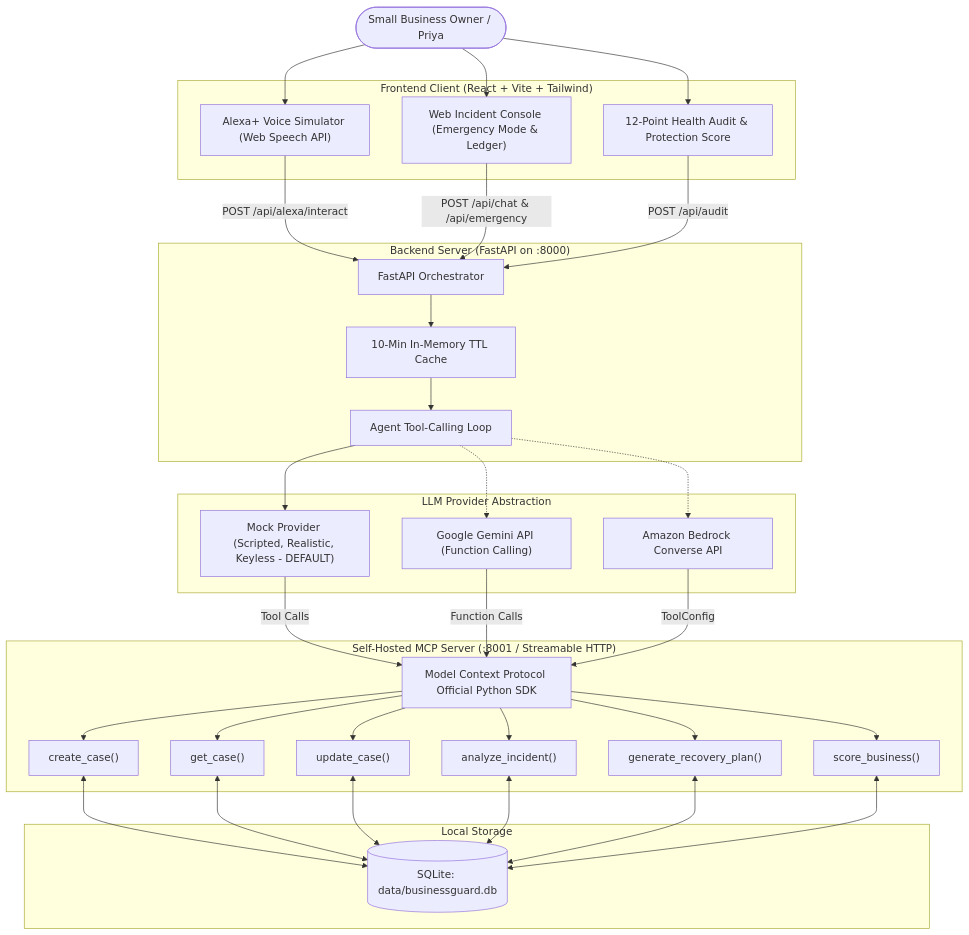
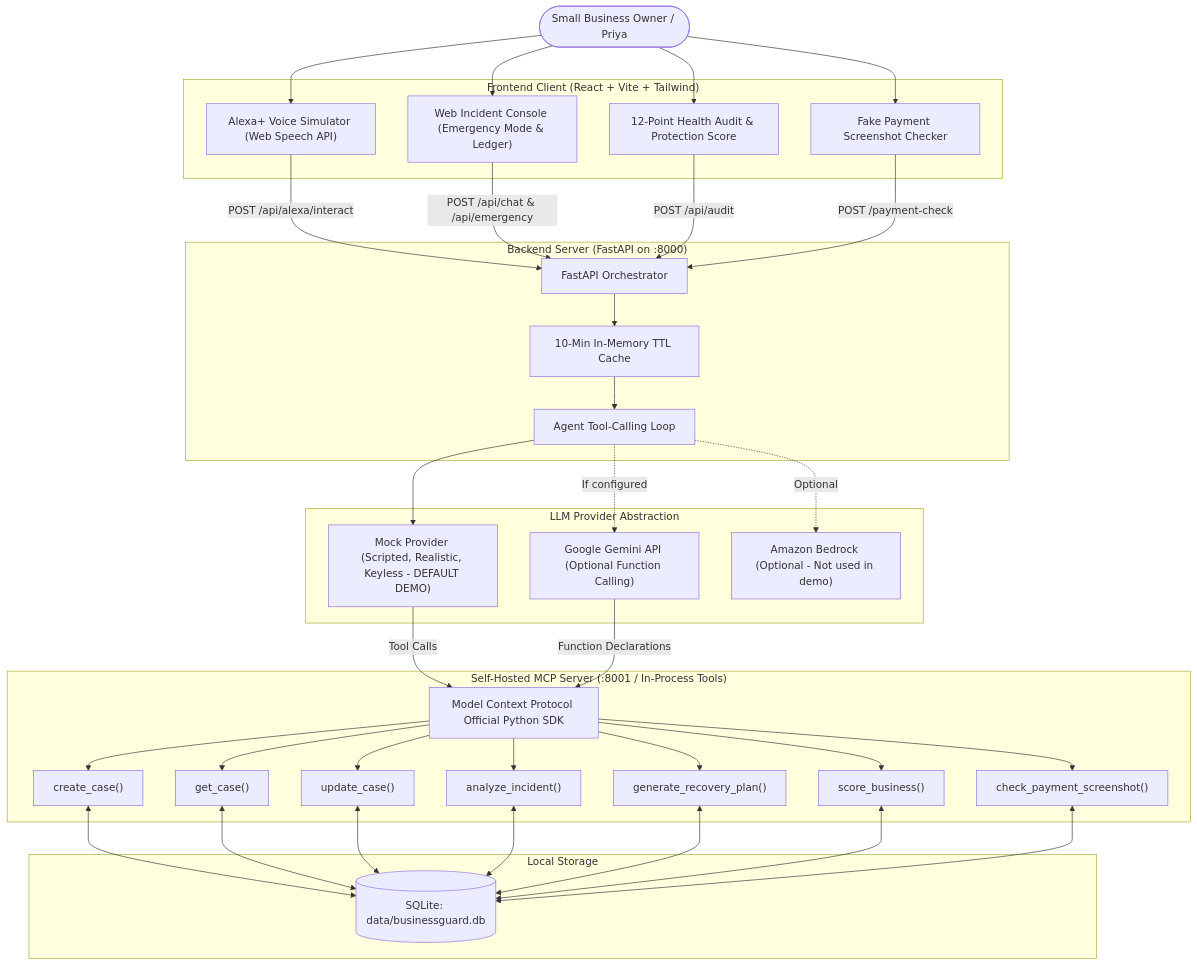
The diagram in README.md (sejalheda/BusinessGuard_AI), drawn with Mermaid before and after one commit. The commit also changed other lines of this file and 35 other files, not shown here.

````diff
--- a/README.md
+++ b/README.md
@@ -28,57 +28,60 @@
 ```mermaid
 flowchart TD
     User([Small Business Owner / Priya])
     
     subgraph ClientLayer["Frontend Client (React + Vite + Tailwind)"]
         AlexaSim["Alexa+ Voice Simulator (Web Speech API)"]
         WebConsole["Web Incident Console (Emergency Mode & Ledger)"]
         AuditUI["12-Point Health Audit & Protection Score"]
+        PayCheck["Fake Payment Screenshot Checker"]
     end
     
     subgraph BackendLayer["Backend Server (FastAPI on :8000)"]
         API["FastAPI Orchestrator"]
         Cache["10-Min In-Memory TTL Cache"]
         AgentLoop["Agent Tool-Calling Loop"]
     end
     
     subgraph ProviderLayer["LLM Provider Abstraction"]
-        MockP["Mock Provider (Scripted, Realistic, Keyless - DEFAULT)"]
-        GeminiP["Google Gemini API (Function Calling)"]
-        BedrockP["Amazon Bedrock Converse API"]
+        MockP["Mock Provider (Scripted, Realistic, Keyless - DEFAULT DEMO)"]
+        GeminiP["Google Gemini API (Optional Function Calling)"]
+        BedrockP["Amazon Bedrock (Optional - Not used in demo)"]
     end
     
-    subgraph MCPLayer["Self-Hosted MCP Server (:8001 / Streamable HTTP)"]
+    subgraph MCPLayer["Self-Hosted MCP Server (:8001 / In-Process Tools)"]
         MCP["Model Context Protocol Official Python SDK"]
         T1["create_case()"]
         T2["get_case()"]
         T3["update_case()"]
         T4["analyze_incident()"]
         T5["generate_recovery_plan()"]
         T6["score_business()"]
+        T7["check_payment_screenshot()"]
     end
     
     subgraph StorageLayer["Local Storage"]
         DB[(SQLite: data/businessguard.db)]
     end
 
     User --> AlexaSim
     User --> WebConsole
     User --> AuditUI
+    User --> PayCheck
     
     AlexaSim -->|POST /api/alexa/interact| API
     WebConsole -->|POST /api/chat & /api/emergency| API
     AuditUI -->|POST /api/audit| API
+    PayCheck -->|POST /payment-check| API
     
     API --> Cache
     Cache --> AgentLoop
     AgentLoop --> MockP
-    AgentLoop -.-> GeminiP
-    AgentLoop -.-> BedrockP
+    AgentLoop -.->|If configured| GeminiP
+    AgentLoop -.->|Optional| BedrockP
     
     MockP -->|Tool Calls| MCP
-    GeminiP -->|Function Calls| MCP
-    BedrockP -->|ToolConfig| MCP
+    GeminiP -->|Function Declarations| MCP
     
-    MCP --> T1 & T2 & T3 & T4 & T5 & T6
-    T1 & T2 & T3 & T4 & T5 & T6 <--> DB
+    MCP --> T1 & T2 & T3 & T4 & T5 & T6 & T7
+    T1 & T2 & T3 & T4 & T5 & T6 & T7 <--> DB
 ```
````
